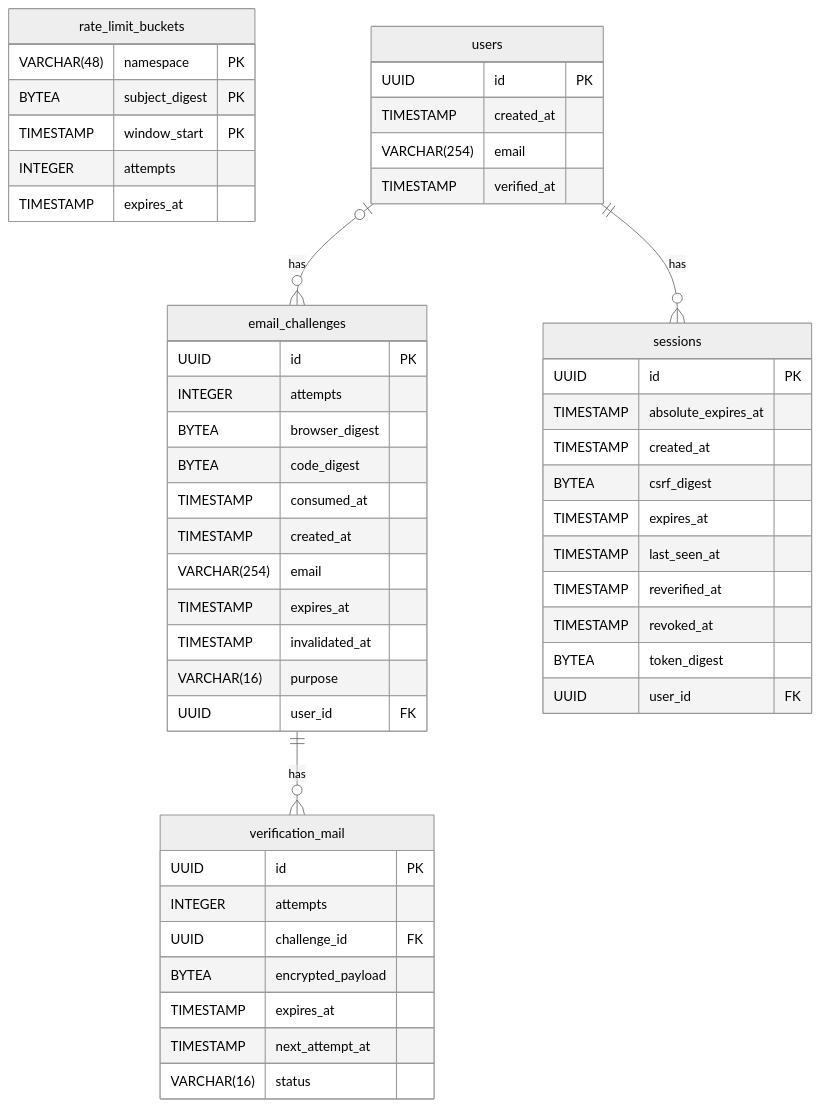
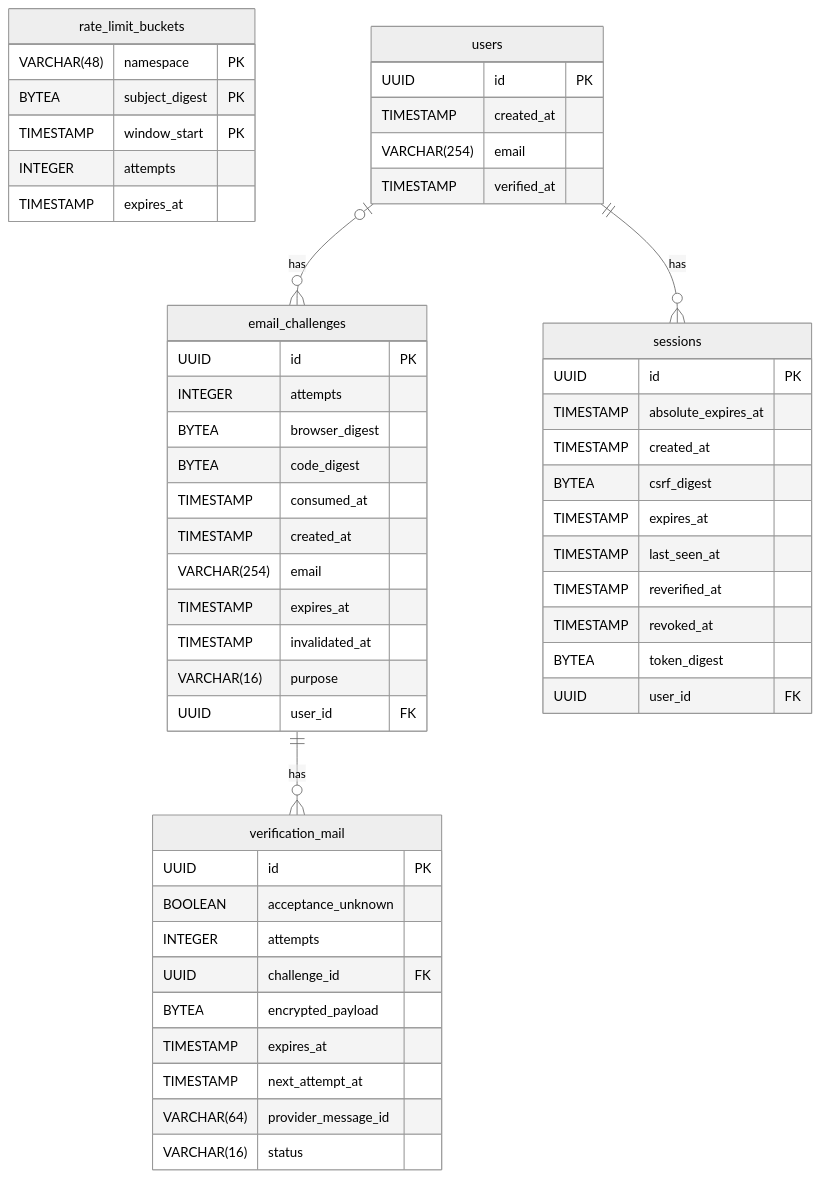
The diagram in docs/architecture/database-schema.md (agapeengineering/aion), drawn with Mermaid (neutral theme) before and after one commit. The commit also changed other lines of this file and 25 other files, not shown here.

````diff
--- a/docs/architecture/database-schema.md
+++ b/docs/architecture/database-schema.md
@@ -7,53 +7,55 @@
 ```mermaid
 erDiagram
 rate_limit_buckets {
  VARCHAR(48) namespace PK
    BYTEA subject_digest PK
    TIMESTAMP window_start PK
    INTEGER attempts
    TIMESTAMP expires_at
 }
 users {
  UUID id PK
    TIMESTAMP created_at
    VARCHAR(254) email
    TIMESTAMP verified_at
 }
 email_challenges {
  UUID id PK
    INTEGER attempts
    BYTEA browser_digest
    BYTEA code_digest
    TIMESTAMP consumed_at
    TIMESTAMP created_at
    VARCHAR(254) email
    TIMESTAMP expires_at
    TIMESTAMP invalidated_at
    VARCHAR(16) purpose
    UUID user_id FK
 }
 sessions {
  UUID id PK
    TIMESTAMP absolute_expires_at
    TIMESTAMP created_at
    BYTEA csrf_digest
    TIMESTAMP expires_at
    TIMESTAMP last_seen_at
    TIMESTAMP reverified_at
    TIMESTAMP revoked_at
    BYTEA token_digest
    UUID user_id FK
 }
 verification_mail {
  UUID id PK
+   BOOLEAN acceptance_unknown
    INTEGER attempts
    UUID challenge_id FK
    BYTEA encrypted_payload
    TIMESTAMP expires_at
    TIMESTAMP next_attempt_at
+   VARCHAR(64) provider_message_id
    VARCHAR(16) status
 }
 users o|--o{ email_challenges : has
 users ||--o{ sessions : has
 email_challenges ||--o{ verification_mail : has
 ```
````
